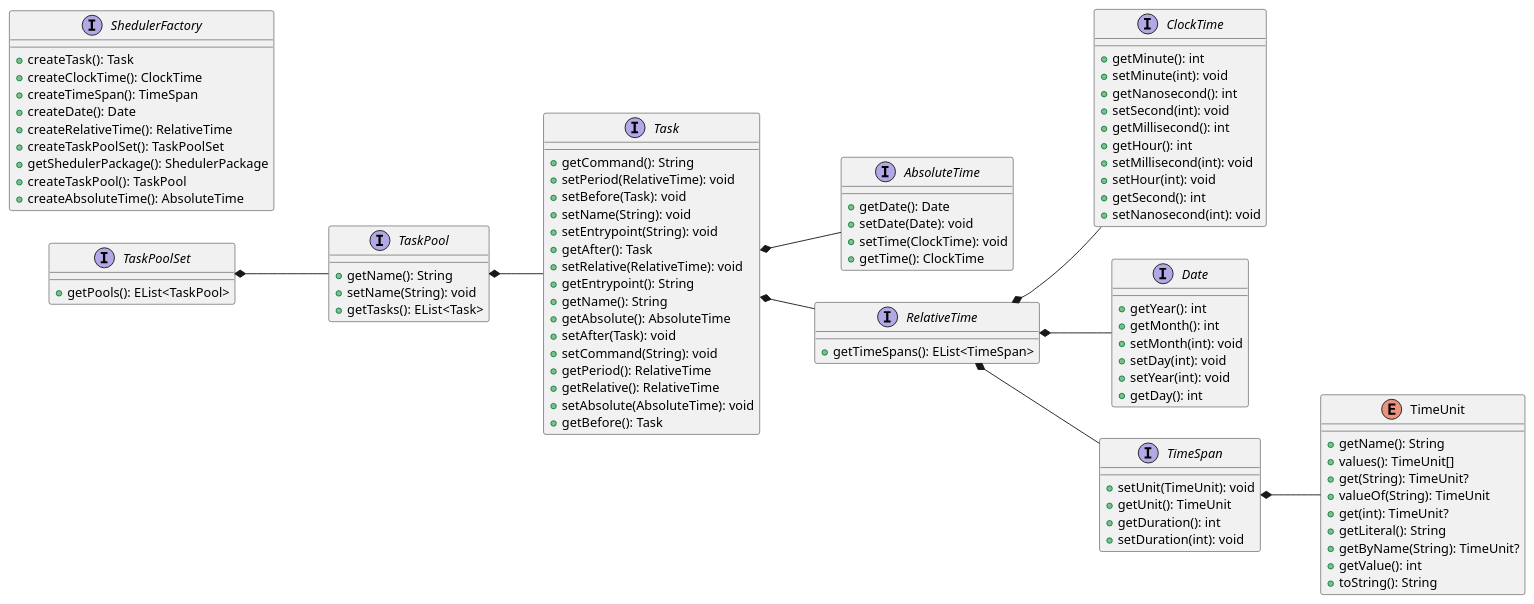
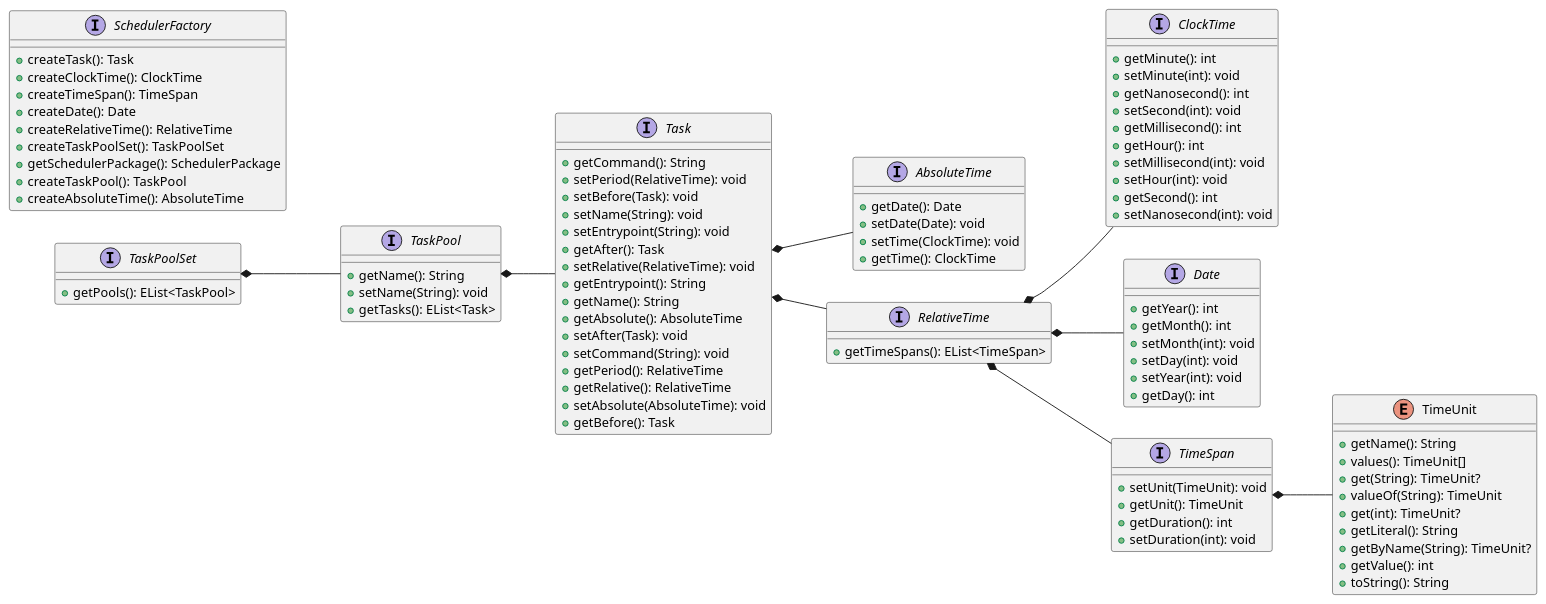
Before and after one commit to unibo-spe/spe-slides: the fourth of 4 diagrams in content/11-mdd/_index.md, drawn with PlantUML. The commit also changed other lines of this file and 12 other files, not shown here.

```diff
--- a/content/11-mdd/_index.md
+++ b/content/11-mdd/_index.md
@@ -825,14 +825,14 @@
 interface RelativeTime  {
   + getTimeSpans(): EList<TimeSpan>
 }
-interface ShedulerFactory  {
+interface SchedulerFactory  {
   + createTask(): Task
   + createClockTime(): ClockTime
   + createTimeSpan(): TimeSpan
   + createDate(): Date
   + createRelativeTime(): RelativeTime
   + createTaskPoolSet(): TaskPoolSet
-  + getShedulerPackage(): ShedulerPackage
+  + getSchedulerPackage(): SchedulerPackage
   + createTaskPool(): TaskPool
   + createAbsoluteTime(): AbsoluteTime
 }
```
